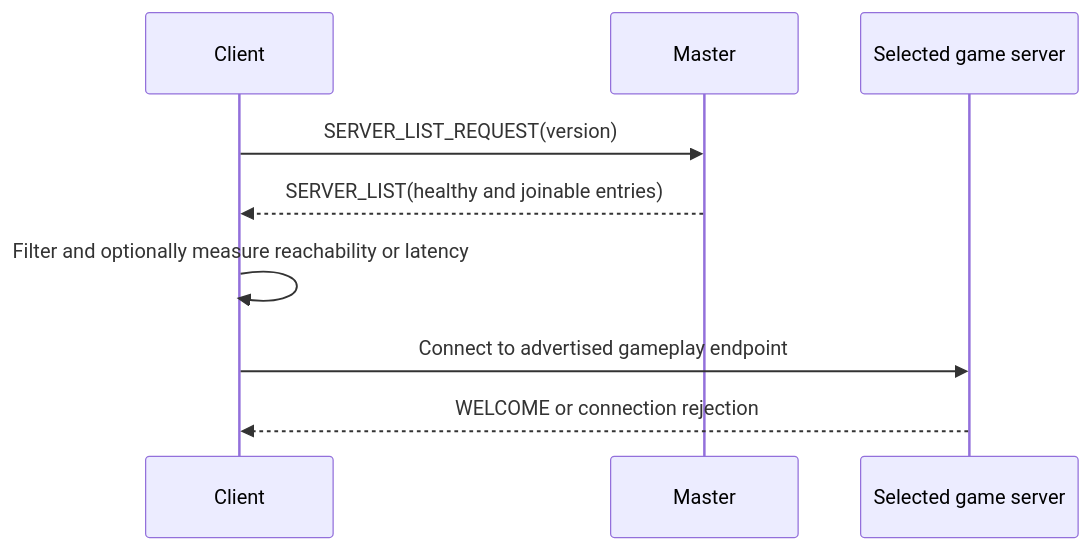
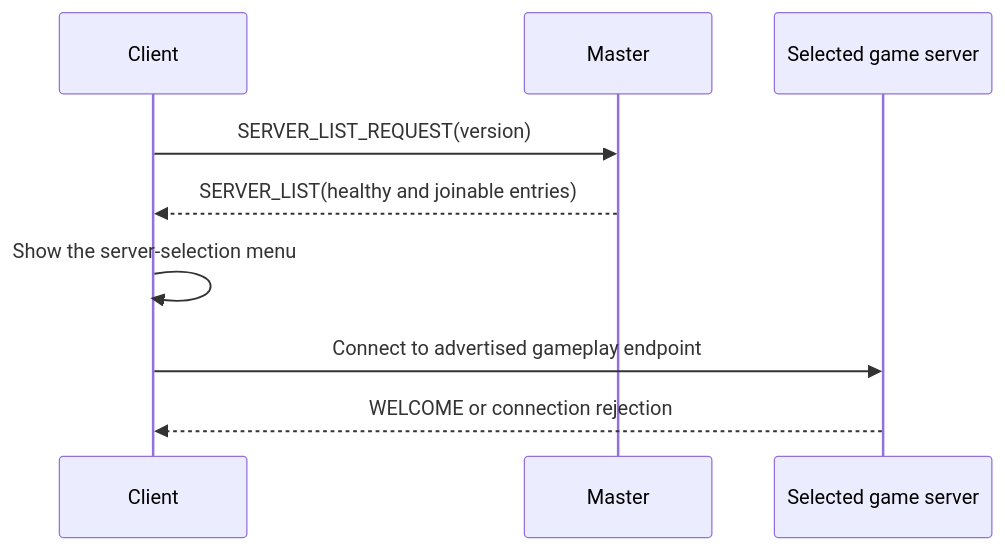
One commit to Haj-Dev/R-Type changed the second of 5 diagrams in docs/server_system.md. Above: the diagram before and after it, drawn with Mermaid. The commit also changed other lines of this file and 31 other files, not shown here.

````diff
--- a/docs/server_system.md
+++ b/docs/server_system.md
@@ -128,12 +139,12 @@
 ```mermaid
 sequenceDiagram
     participant C as Client
     participant M as Master
     participant G as Selected game server
 
     C->>M: SERVER_LIST_REQUEST(version)
     M-->>C: SERVER_LIST(healthy and joinable entries)
-    C->>C: Filter and optionally measure reachability or latency
+    C->>C: Show the server-selection menu
     C->>G: Connect to advertised gameplay endpoint
     G-->>C: WELCOME or connection rejection
 ```
````
